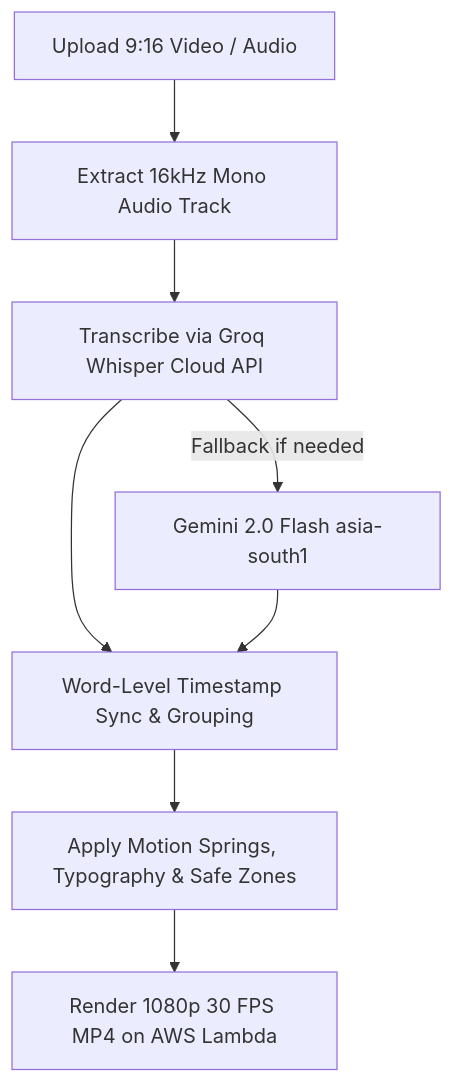
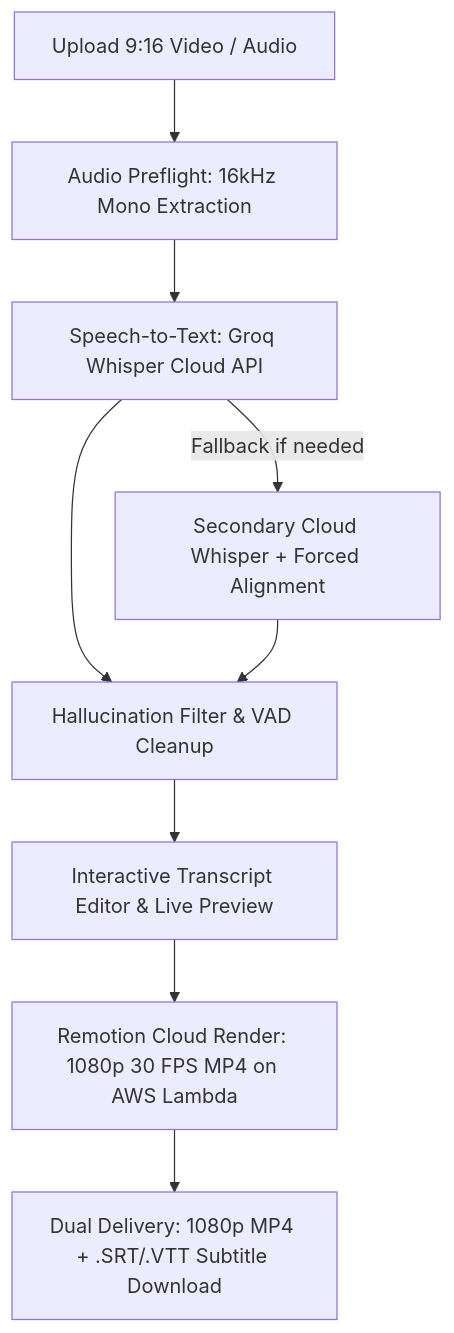
One commit to itnavideo/itnavideo changed the diagram in docs/video-types/autocaption.md. Above: the diagram before and after it, drawn with Mermaid. The commit also changed other lines of this file and 125 other files, not shown here.

````diff
--- a/docs/video-types/autocaption.md
+++ b/docs/video-types/autocaption.md
@@ -99,10 +178,11 @@
 ```mermaid
 graph TD
-    A[Upload 9:16 Video / Audio] --> B[Extract 16kHz Mono Audio Track]
-    B --> C[Transcribe via Groq Whisper Cloud API]
-    C -->|Fallback if needed| D[Gemini 2.0 Flash asia-south1]
-    C --> E[Word-Level Timestamp Sync & Grouping]
+    A[Upload 9:16 Video / Audio] --> B[Audio Preflight: 16kHz Mono Extraction]
+    B --> C[Speech-to-Text: Groq Whisper Cloud API]
+    C -->|Fallback if needed| D[Secondary Cloud Whisper + Forced Alignment]
+    C --> E[Hallucination Filter & VAD Cleanup]
     D --> E
-    E --> F[Apply Motion Springs, Typography & Safe Zones]
-    F --> G[Render 1080p 30 FPS MP4 on AWS Lambda]
+    E --> F[Interactive Transcript Editor & Live Preview]
+    F --> G[Remotion Cloud Render: 1080p 30 FPS MP4 on AWS Lambda]
+    G --> H[Dual Delivery: 1080p MP4 + .SRT/.VTT Subtitle Download]
 ```
````
